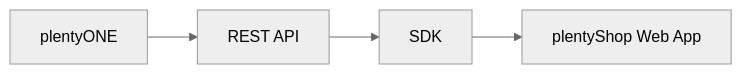
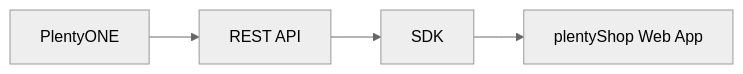
One commit to plentymarkets/plentyshop-pwa changed the diagram in .github/CONTRIBUTING.md. Above: the diagram before and after it, drawn with Mermaid (neutral theme). The commit also changed other lines of this file and 7 other files, not shown here.

````diff
--- a/.github/CONTRIBUTING.md
+++ b/.github/CONTRIBUTING.md
@@ -39,7 +39,7 @@
 ```mermaid
 flowchart LR
 
-A[plentyONE] --> B[REST API]
+A[PlentyONE] --> B[REST API]
 B --> C[SDK]
 C --> D[plentyShop Web App]
 ```
````
